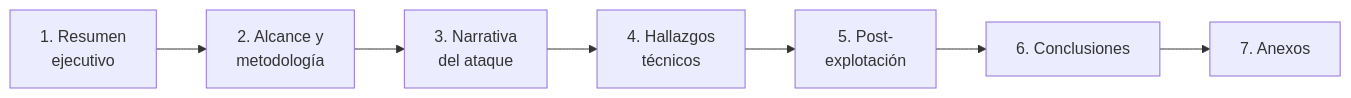
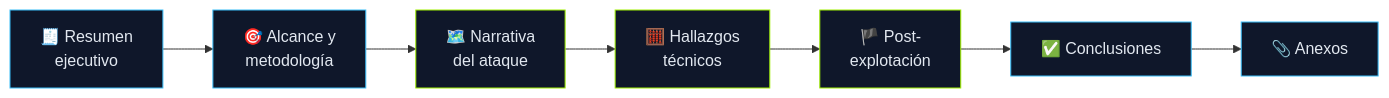
Before and after one commit to NiettoFrann/hacker-odyssey: the diagram in README.md, drawn with Mermaid. The commit also changed other lines of this file, not shown here.

````diff
--- a/README.md
+++ b/README.md
@@ -184,9 +264,14 @@
 ```mermaid
 flowchart LR
-    A[1. Resumen<br/>ejecutivo] --> B[2. Alcance y<br/>metodología]
-    B --> C[3. Narrativa<br/>del ataque]
-    C --> D[4. Hallazgos<br/>técnicos]
-    D --> E[5. Post-<br/>explotación]
-    E --> F[6. Conclusiones]
-    F --> G[7. Anexos]
+    A["🧾 Resumen<br/>ejecutivo"] --> B["🎯 Alcance y<br/>metodología"]
+    B --> C["🗺️ Narrativa<br/>del ataque"]
+    C --> D["🧮 Hallazgos<br/>técnicos"]
+    D --> E["🏴 Post-<br/>explotación"]
+    E --> F["✅ Conclusiones"]
+    F --> G["📎 Anexos"]
+
+    classDef cliente fill:#0F172A,stroke:#38BDF8,color:#E2E8F0
+    classDef ataque fill:#0F172A,stroke:#9FEF00,color:#E2E8F0
+    class A,B,F,G cliente
+    class C,D,E ataque
 ```
````
